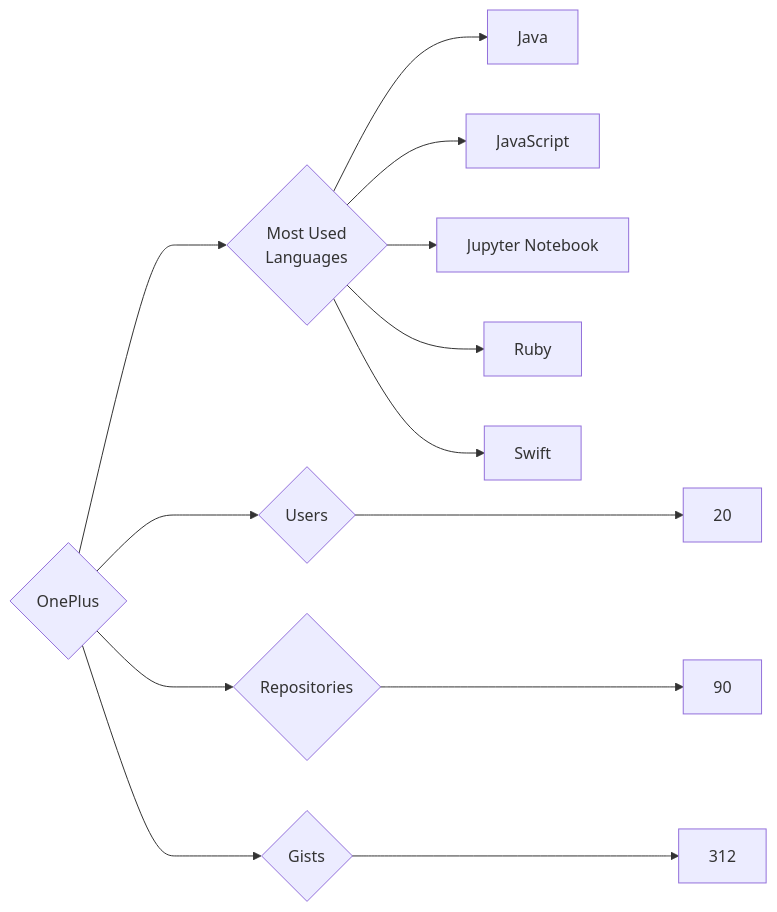
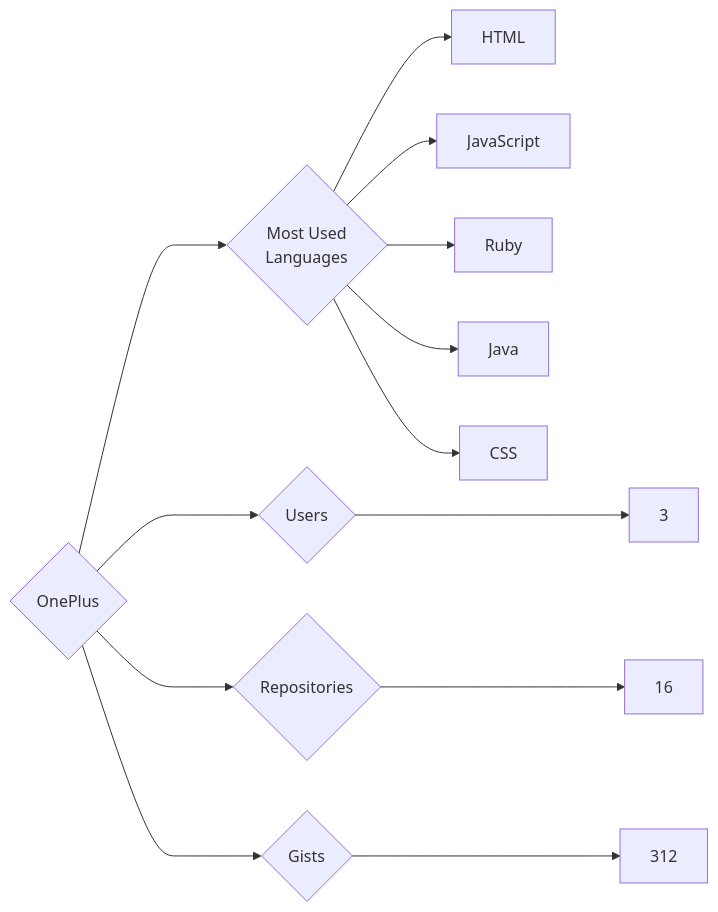
One commit to trickest/insiders changed the diagram in targets/OnePlus/README.md. Above: the diagram before and after it, drawn with Mermaid. The commit also changed 976 other files, not shown here.

````diff
--- a/targets/OnePlus/README.md
+++ b/targets/OnePlus/README.md
@@ -3,13 +3,13 @@
 ```mermaid
 graph LR
 COMPANY_NAME{OnePlus}
-COMPANY_NAME ---> U{Users} ---> UN[20]
-COMPANY_NAME ---> R{Repositories} ---> RN[90]
+COMPANY_NAME ---> U{Users} ---> UN[3]
+COMPANY_NAME ---> R{Repositories} ---> RN[16]
 COMPANY_NAME ---> G{Gists} ---> GN[312]
 COMPANY_NAME ---> ML{Most Used<br>Languages}
+ML --> HTML[HTML]
+ML --> JavaScript[JavaScript]
+ML --> Ruby[Ruby]
 ML --> Java[Java]
-ML --> JavaScript[JavaScript]
-ML --> Jupyter_Notebook[Jupyter Notebook]
-ML --> Ruby[Ruby]
-ML --> Swift[Swift]
+ML --> CSS[CSS]
 ```
````
